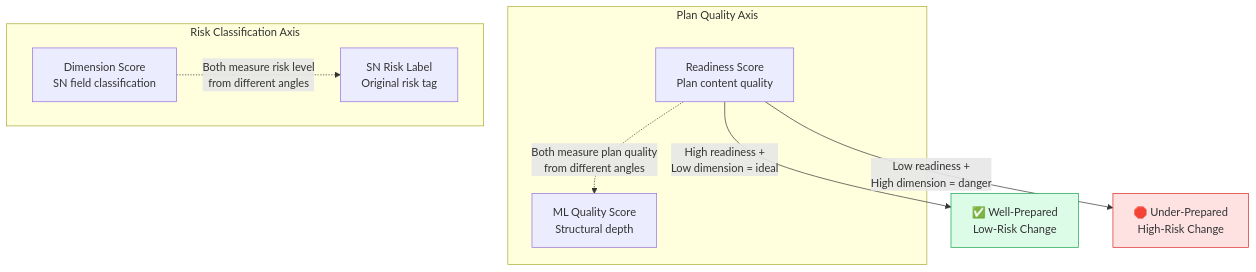
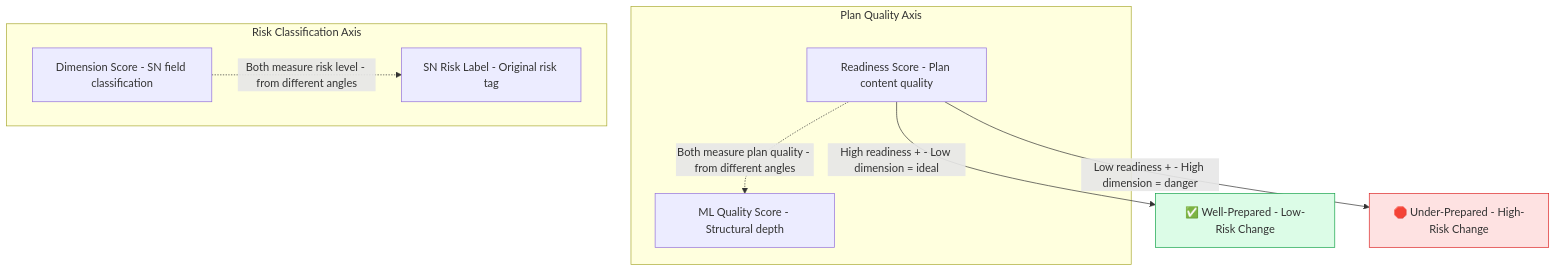
One commit to jj-shen99/changefabric changed the eighth of 9 diagrams in docs/IMPACT_ANALYSIS.md. Above: the diagram before and after it, drawn with Mermaid. The commit also changed other lines of this file and 10 other files, not shown here.

First line of the commit message:
Fix Mermaid syntax errors, update all docs to v1.3.0

````diff
--- a/docs/IMPACT_ANALYSIS.md
+++ b/docs/IMPACT_ANALYSIS.md
@@ -516,21 +516,21 @@
 ```mermaid
 graph TB
     subgraph "Plan Quality Axis"
-        RS[Readiness Score<br/>Plan content quality]
-        MQ[ML Quality Score<br/>Structural depth]
+        RS[Readiness Score - Plan content quality]
+        MQ[ML Quality Score - Structural depth]
     end
 
     subgraph "Risk Classification Axis"
-        DIM[Dimension Score<br/>SN field classification]
-        SNR[SN Risk Label<br/>Original risk tag]
+        DIM[Dimension Score - SN field classification]
+        SNR[SN Risk Label - Original risk tag]
     end
 
-    RS -.->|"Both measure plan quality<br/>from different angles"| MQ
-    DIM -.->|"Both measure risk level<br/>from different angles"| SNR
+    RS -.->|"Both measure plan quality - from different angles"| MQ
+    DIM -.->|"Both measure risk level - from different angles"| SNR
 
-    RS -->|"High readiness +<br/>Low dimension = ideal"| GOOD[✅ Well-Prepared<br/>Low-Risk Change]
-    RS -->|"Low readiness +<br/>High dimension = danger"| BAD[🛑 Under-Prepared<br/>High-Risk Change]
+    RS -->|"High readiness + - Low dimension = ideal"| GOOD[✅ Well-Prepared - Low-Risk Change]
+    RS -->|"Low readiness + - High dimension = danger"| BAD[🛑 Under-Prepared - High-Risk Change]
 
     style GOOD fill:#dcfce7,stroke:#16a34a
     style BAD fill:#fee2e2,stroke:#dc2626
 ```
````
